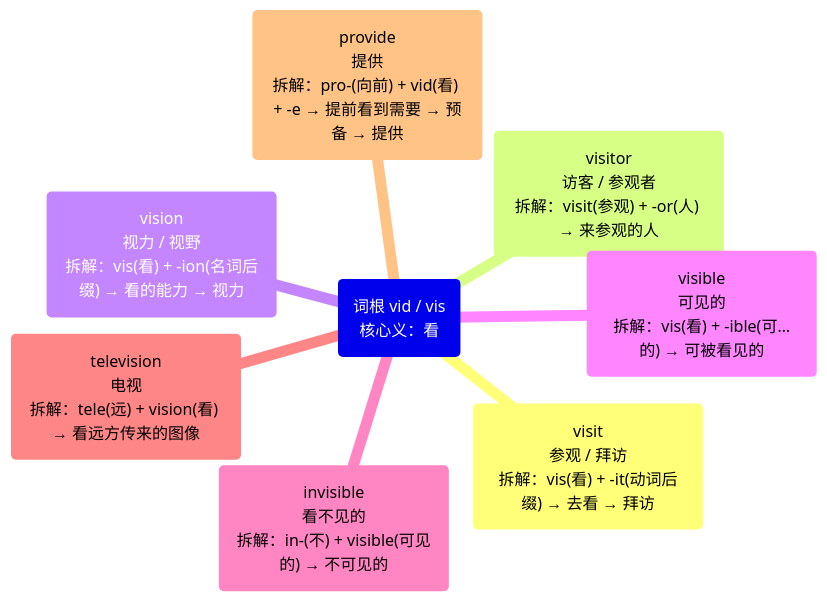
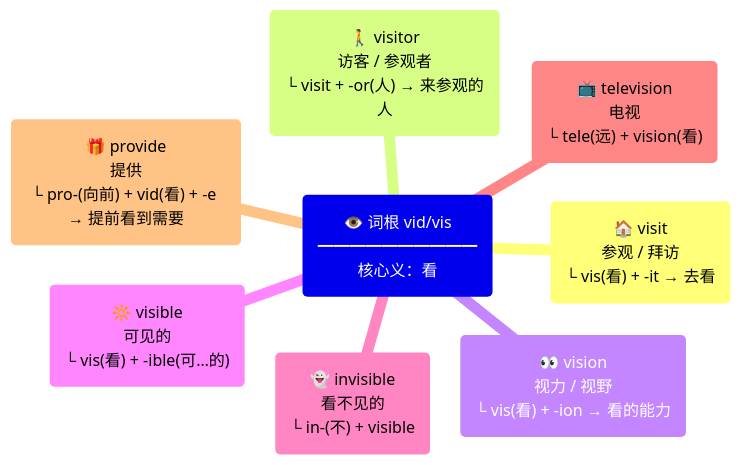
Before and after one commit to suhuide/h: the second of 31 diagrams in files/other/e.md, drawn with Mermaid. The commit also changed other lines of this file, not shown here.

````diff
--- a/files/other/e.md
+++ b/files/other/e.md
@@ -14,11 +14,11 @@
 ```mermaid
 mindmap
-  root("词根 vid / vis<br>核心义：看")
-    visit("visit<br>参观 / 拜访<br>拆解：vis(看) + -it(动词后缀) → 去看 → 拜访")
-    visitor("visitor<br>访客 / 参观者<br>拆解：visit(参观) + -or(人) → 来参观的人")
-    vision("vision<br>视力 / 视野<br>拆解：vis(看) + -ion(名词后缀) → 看的能力 → 视力")
-    visible("visible<br>可见的<br>拆解：vis(看) + -ible(可…的) → 可被看见的")
-    invisible("invisible<br>看不见的<br>拆解：in-(不) + visible(可见的) → 不可见的")
-    television("television<br>电视<br>拆解：tele(远) + vision(看) → 看远方传来的图像")
-    provide("provide<br>提供<br>拆解：pro-(向前) + vid(看) + -e → 提前看到需要 → 预备 → 提供")
+  root("👁️ 词根 vid/vis<br>━━━━━━━━━━<br>核心义：看")
+    visit("🏠 visit<br>参观 / 拜访<br>└ vis(看) + -it → 去看")
+    visitor("🚶 visitor<br>访客 / 参观者<br>└ visit + -or(人) → 来参观的人")
+    vision("👀 vision<br>视力 / 视野<br>└ vis(看) + -ion → 看的能力")
+    visible("🔆 visible<br>可见的<br>└ vis(看) + -ible(可…的)")
+    invisible("👻 invisible<br>看不见的<br>└ in-(不) + visible")
+    television("📺 television<br>电视<br>└ tele(远) + vision(看)")
+    provide("🎁 provide<br>提供<br>└ pro-(向前) + vid(看) + -e → 提前看到需要")
 ```
````
